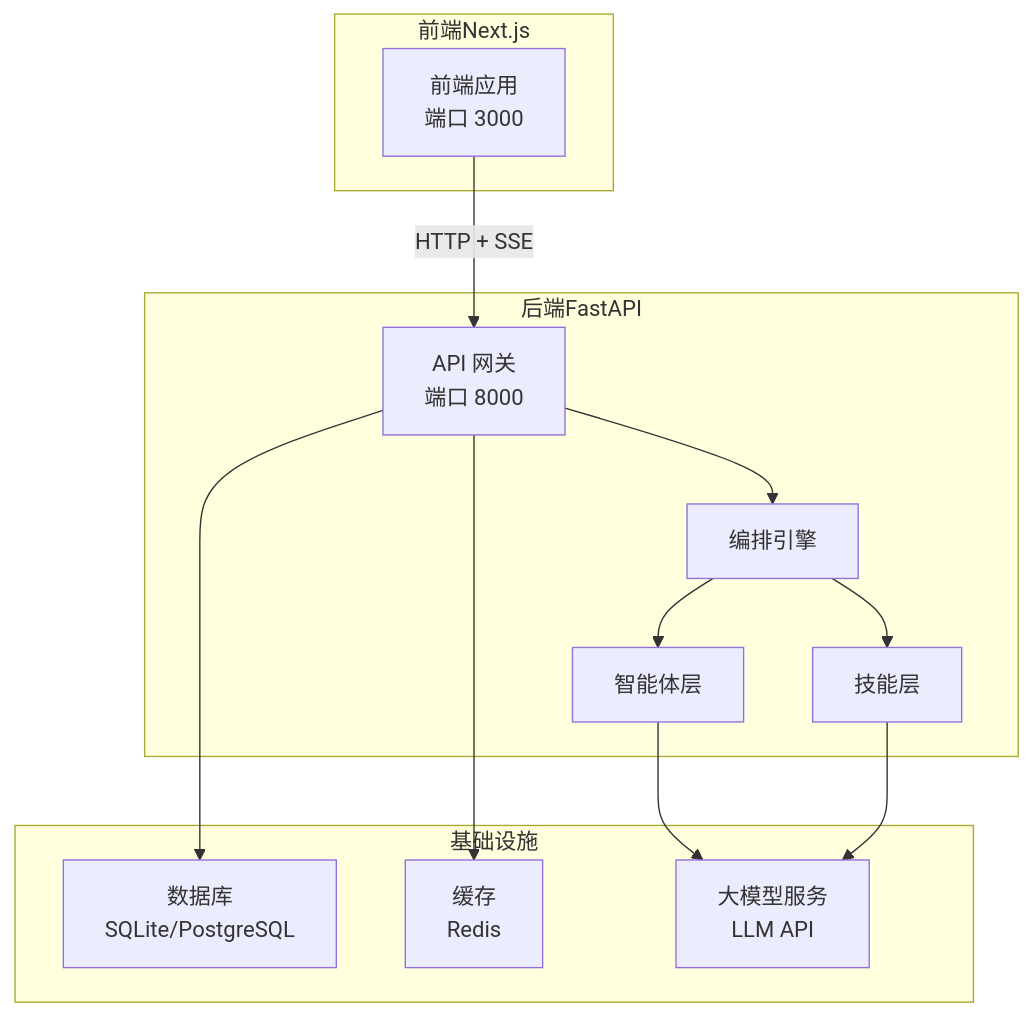
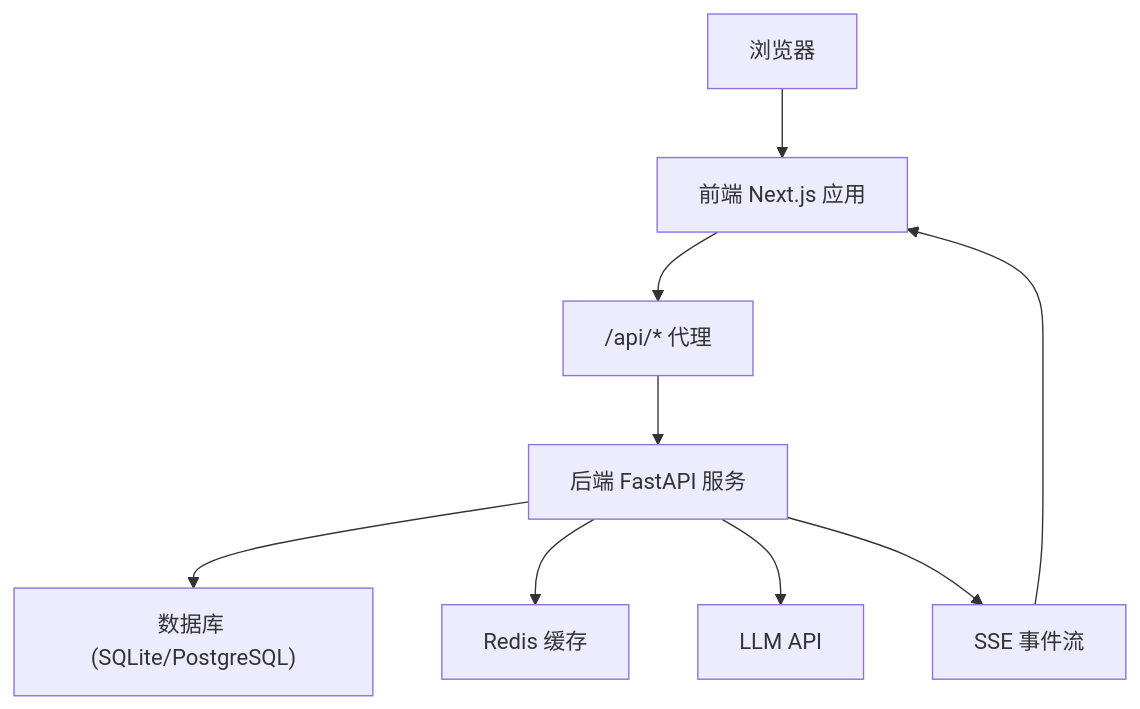
One commit to sansansansansan2022-web/hotclaw changed the second of 3 diagrams in .qoder/repowiki/zh/content/快速开始.md. Above: the diagram before and after it, drawn with Mermaid. The commit also changed other lines of this file and 288 other files, not shown here.

````diff
--- a/.qoder/repowiki/zh/content/快速开始.md
+++ b/.qoder/repowiki/zh/content/快速开始.md
@@ -46,25 +119,11 @@
 ```mermaid
 graph TB
-subgraph "前端Next.js"
-FE_APP["前端应用<br/>端口 3000"]
-end
-subgraph "后端FastAPI"
-BE_API["API 网关<br/>端口 8000"]
-BE_ORCH["编排引擎"]
-BE_AGENTS["智能体层"]
-BE_SKILLS["技能层"]
-end
-subgraph "基础设施"
-DB["数据库<br/>SQLite/PostgreSQL"]
-REDIS["缓存<br/>Redis"]
-LLM["大模型服务<br/>LLM API"]
-end
-FE_APP --> |"HTTP + SSE"| BE_API
-BE_API --> BE_ORCH
-BE_ORCH --> BE_AGENTS
-BE_ORCH --> BE_SKILLS
-BE_AGENTS --> LLM
-BE_SKILLS --> LLM
-BE_API --> DB
-BE_API --> REDIS
+Browser["浏览器"] --> FE["前端 Next.js 应用"]
+FE --> API["/api/* 代理"]
+API --> BE["后端 FastAPI 服务"]
+BE --> DB["数据库 (SQLite/PostgreSQL)"]
+BE --> REDIS["Redis 缓存"]
+BE --> LLM["LLM API"]
+BE --> SSE["SSE 事件流"]
+SSE --> FE
 ```
````
